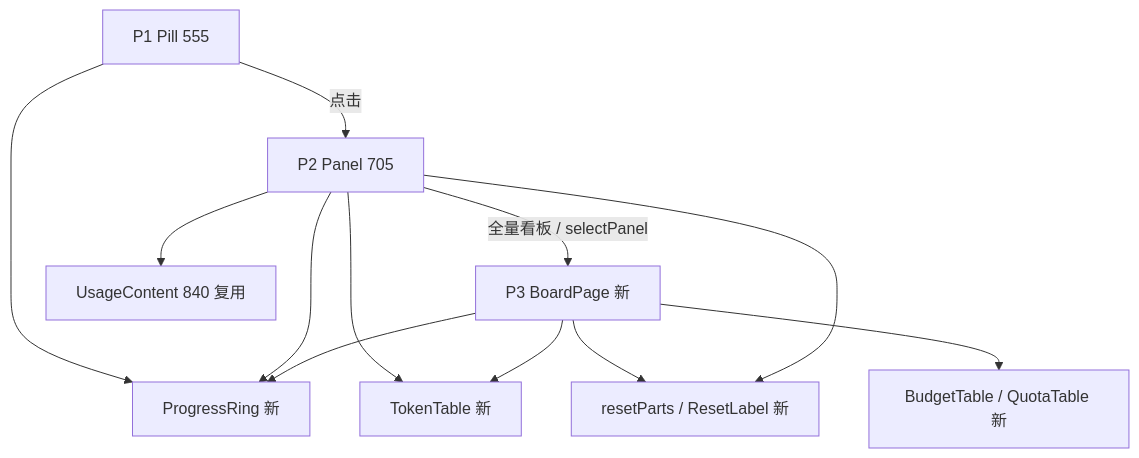
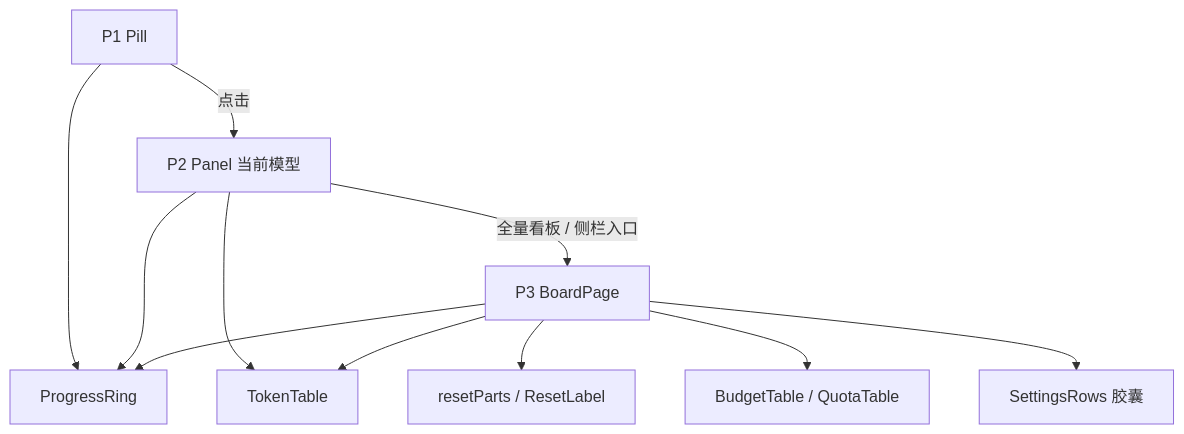
The diagram in docs/plan/active/dsh/feature_fullpage_board.md (Hello-world-pro/dsh-token-dash), drawn with Mermaid before and after one commit. The commit also changed other lines of this file and 10 other files, not shown here.

````diff
--- a/docs/plan/active/dsh/feature_fullpage_board.md
+++ b/docs/plan/active/dsh/feature_fullpage_board.md
@@ -101,14 +64,13 @@
 ```mermaid
 flowchart TD
-  A[P1 Pill 555] -->|点击| B[P2 Panel 705]
-  A --> C[ProgressRing 新]
+  A[P1 Pill] -->|点击| B[P2 Panel 当前模型]
+  A --> C[ProgressRing]
   B --> C
-  B --> D[TokenTable 新]
-  B -->|全量看板 / selectPanel| E[P3 BoardPage 新]
+  B --> D[TokenTable]
+  B -->|全量看板 / 侧栏入口| E[P3 BoardPage]
   E --> C
   E --> D
-  E --> F[resetParts / ResetLabel 新]
-  B --> F
-  E --> G[BudgetTable / QuotaTable 新]
-  B --> H[UsageContent 840 复用]
+  E --> F[resetParts / ResetLabel]
+  E --> G[BudgetTable / QuotaTable]
+  E --> H[SettingsRows 胶囊]
 ```
````
